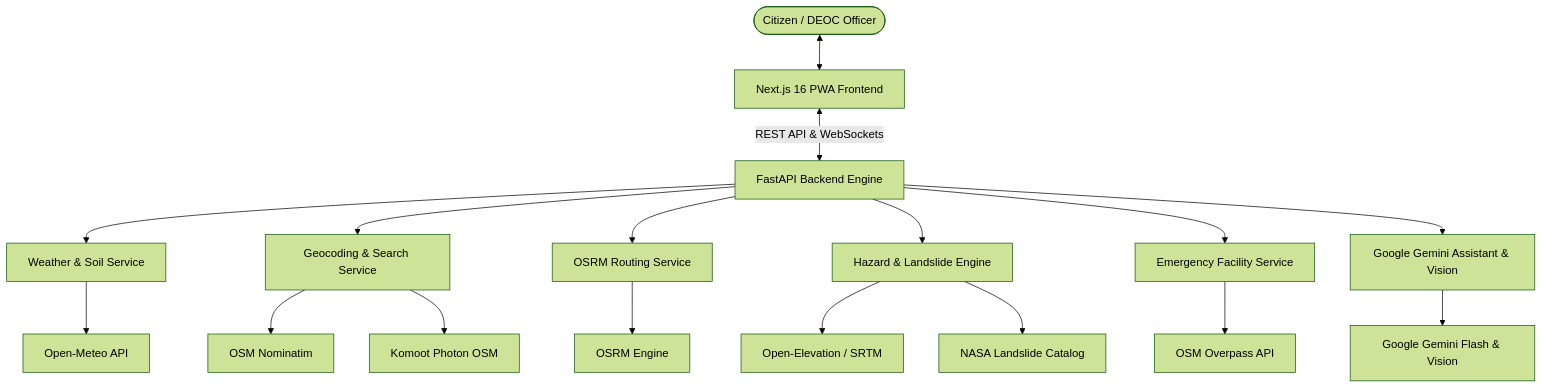
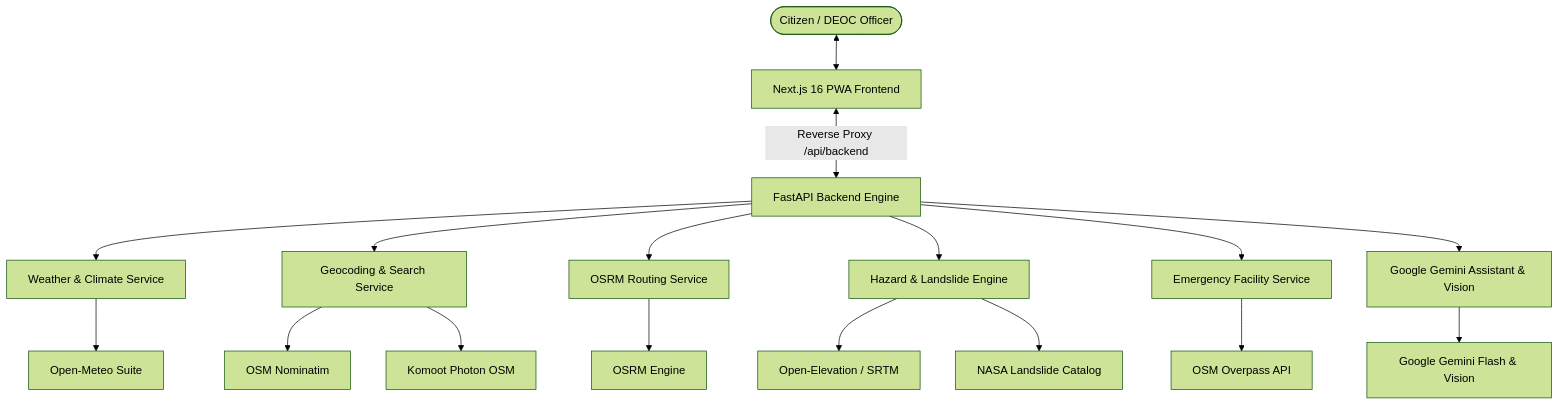
Before and after one commit to Anuj-bhardwaj6/Apda-Mitra: the diagram in README.md, drawn with Mermaid (forest theme). The commit also changed other lines of this file and 2 other files, not shown here.

Commit message:
Add comprehensive TASKS.md documentation, update README with completed tasks and Leaflet GIS architecture, and add verify_all_tasks test suite

````diff
--- a/README.md
+++ b/README.md
@@ -30,21 +52,21 @@
 ```mermaid
 graph TD
     User([Citizen / DEOC Officer]) <--> NextJS[Next.js 16 PWA Frontend]
-    NextJS <-->|REST API & WebSockets| FastAPI[FastAPI Backend Engine]
+    NextJS <-->|Reverse Proxy /api/backend| FastAPI[FastAPI Backend Engine]
 
-    FastAPI --> WeatherSvc[Weather & Soil Service]
+    FastAPI --> WeatherSvc[Weather & Climate Service]
     FastAPI --> GeoSvc[Geocoding & Search Service]
     FastAPI --> RouteSvc[OSRM Routing Service]
     FastAPI --> HazardSvc[Hazard & Landslide Engine]
     FastAPI --> ResourceSvc[Emergency Facility Service]
     FastAPI --> AISvc[Google Gemini Assistant & Vision]
 
-    WeatherSvc --> OpenMeteo[Open-Meteo API]
+    WeatherSvc --> OpenMeteo[Open-Meteo Suite]
     GeoSvc --> Nominatim[OSM Nominatim]
     GeoSvc --> Photon[Komoot Photon OSM]
     RouteSvc --> OSRM[OSRM Engine]
     ResourceSvc --> Overpass[OSM Overpass API]
     HazardSvc --> OpenElevation[Open-Elevation / SRTM]
     HazardSvc --> NASAGLC[NASA Landslide Catalog]
     AISvc --> Gemini[Google Gemini Flash & Vision]
 ```
````
